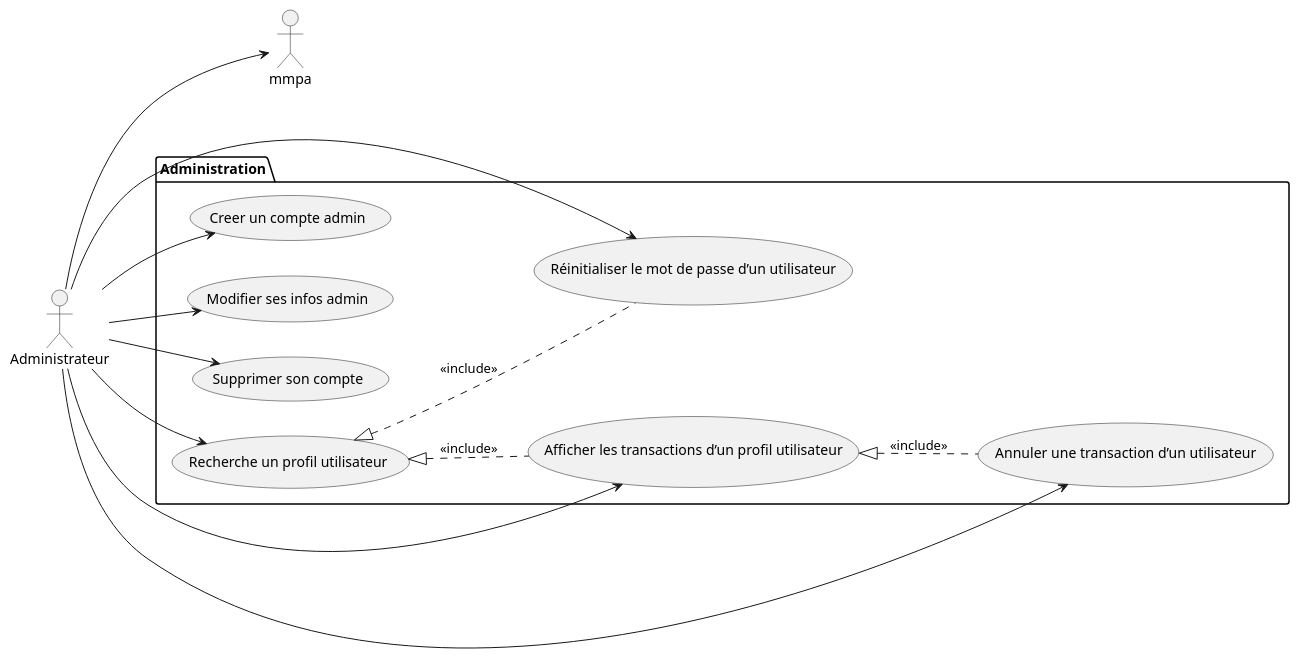
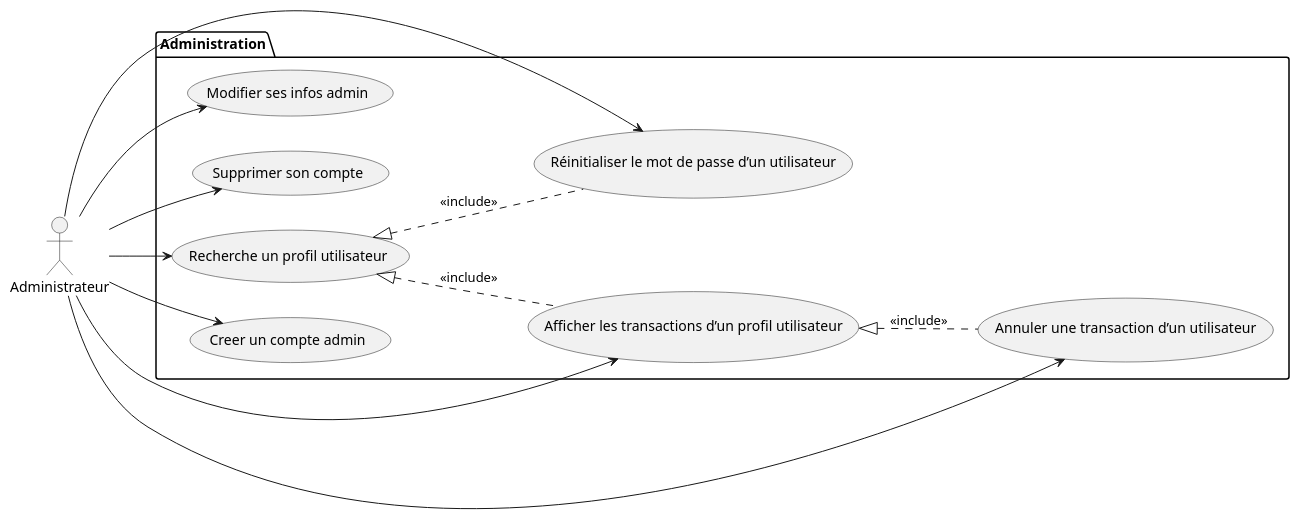
Before and after one commit to lmtb06/sharecount: the diagram in diagrammes/specification/cas-utilisation/package-administration.puml, drawn with PlantUML. The commit also changed 17 other files, not shown here.

Commit message:
-mise à jour diagrammes d'etat -mise à jour diagrammes cas d'utilisations -mise à jour diagramme de séquence

```diff
--- a/diagrammes/specification/cas-utilisation/package-administration.puml
+++ b/diagrammes/specification/cas-utilisation/package-administration.puml
@@ -1,30 +1,27 @@
 @startuml Cas utilisation - Administration
 left to right direction
 
 actor "Administrateur" as Admin
 
 package "Administration"{
     usecase "Recherche un profil utilisateur" as rpu
     usecase "Afficher les transactions d’un profil utilisateur" as atpu
     usecase "Annuler une transaction d’un utilisateur" as atu
 	usecase "Réinitialiser le mot de passe d’un utilisateur" as rmpu
 	usecase "Creer un compte admin" as cca
 	usecase "Modifier ses infos admin" as msia
 	usecase "Supprimer son compte" as ssca
 }
 
-actor "Administrateur" as Admin
-
 Admin --> rpu
 Admin --> atpu
 Admin --> atu
 Admin --> rmpu
 Admin --> cca
-Admin --> mmpa
 Admin --> msia
 Admin --> ssca
 
 atpu <|.. atu  : <<include>>
 rpu <|.. atpu  : <<include>>
 rpu <|.. rmpu  : <<include>>
 @enduml
```
